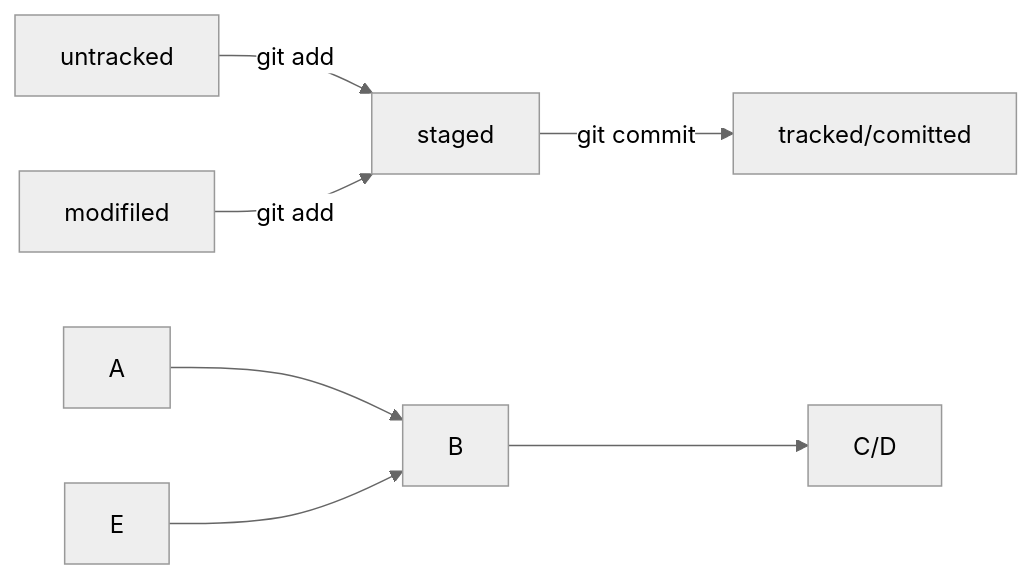
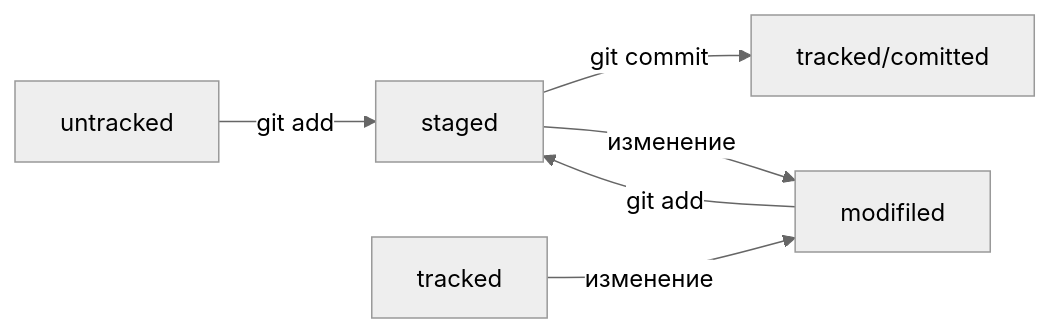
The diagram in README.md (AvdakovArtem/cheatsheet), drawn with Mermaid (neutral theme) before and after one commit.

Commit message:
Шпаргалка - доработать схему статусов через mermaid

````diff
--- a/README.md
+++ b/README.md
@@ -64,12 +64,8 @@
 ```mermaid  
 graph LR;  
 untracked -- "git add"    --> staged;  
 staged    -- "git commit" --> tracked/comitted;  
+staged    -- "изменение"  --> modifiled;  
 modifiled -- "git add"    --> staged;  
-%% git add  
-A --> B ; 
-%% git commit  
-B --> C/D;  
-%% git add  
-E --> B;  
+tracked   -- "изменение"  --> modifiled;  
 ```
````
